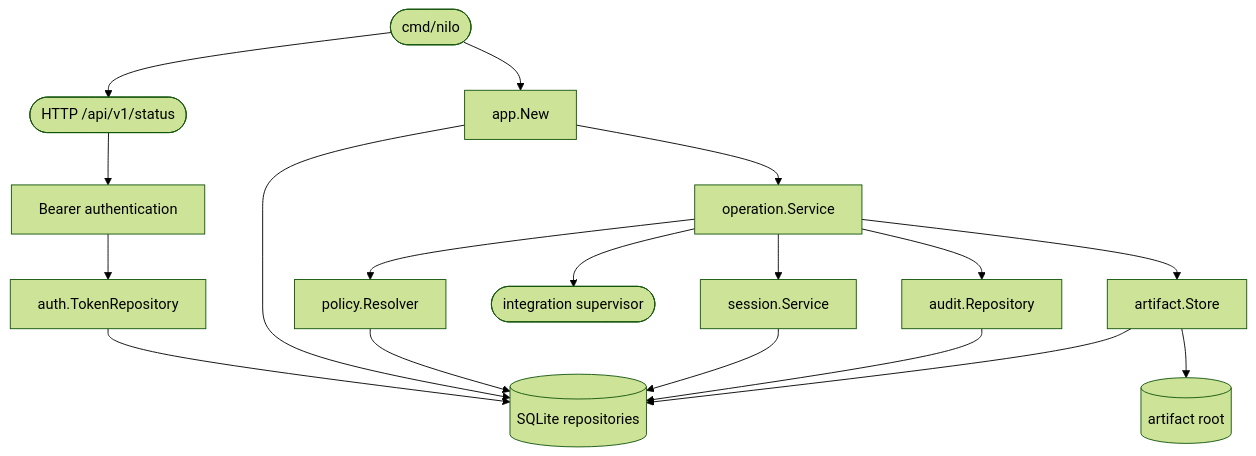
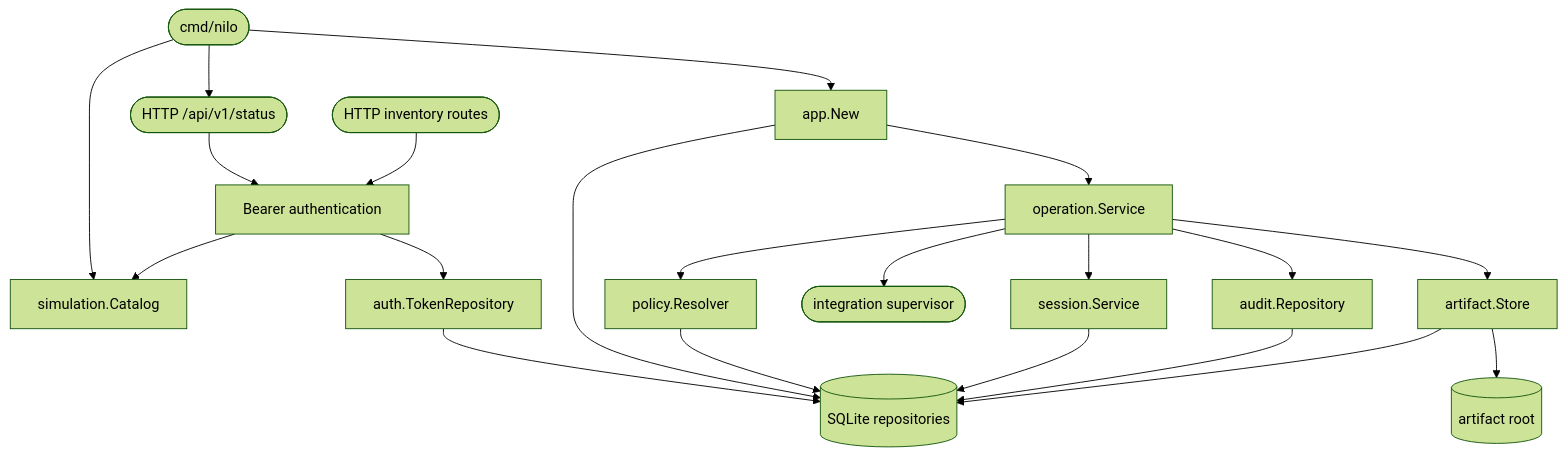
The diagram in .agentic/knowledge/bench-core-foundation.md (DDP-Engineering/2026_Networked_Intelligent_Lab_Orchestrator), drawn with Mermaid (forest theme) before and after one commit. The commit also changed other lines of this file and 20 other files, not shown here.

First line of the commit message:
feat: add deterministic simulation inventory

````diff
--- a/.agentic/knowledge/bench-core-foundation.md
+++ b/.agentic/knowledge/bench-core-foundation.md
@@ -27,33 +30,38 @@
 ```mermaid
 flowchart TD
     cli(["cmd/nilo"])
     http(["HTTP /api/v1/status"])
+    inventory(["HTTP inventory routes"])
     middleware["Bearer authentication"]
+    catalog["simulation.Catalog"]
     app["app.New"]
     auth["auth.TokenRepository"]
     op["operation.Service"]
     policy["policy.Resolver"]
     session["session.Service"]
     runner(["integration supervisor"])
     artifact["artifact.Store"]
     audit["audit.Repository"]
     sqlite[("SQLite repositories")]
     files[("artifact root")]
     cli --> app
     cli --> http
+    cli --> catalog
     http --> middleware
+    inventory --> middleware
     middleware --> auth
+    middleware --> catalog
     auth --> sqlite
     app --> sqlite
     app --> op
     op --> policy
     op --> session
     op --> runner
     op --> artifact
     op --> audit
     policy --> sqlite
     session --> sqlite
     audit --> sqlite
     artifact --> sqlite
     artifact --> files
 ```
````
